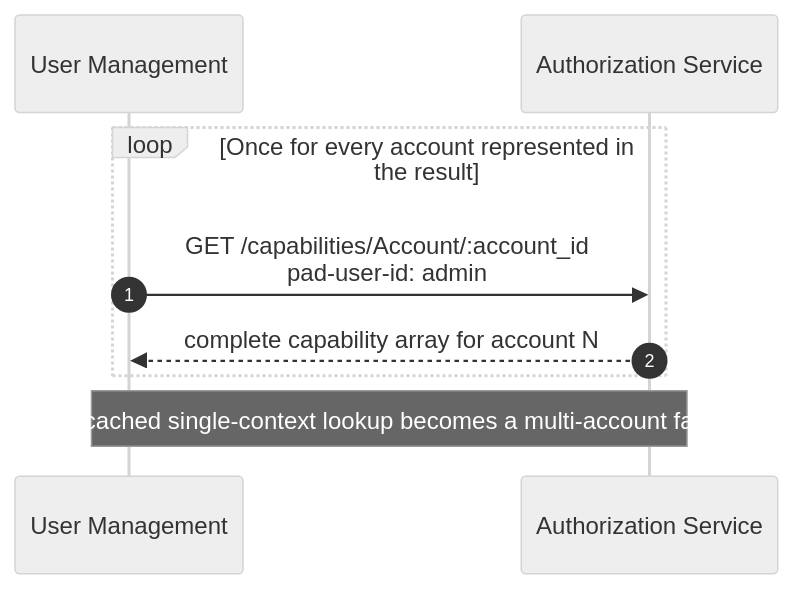
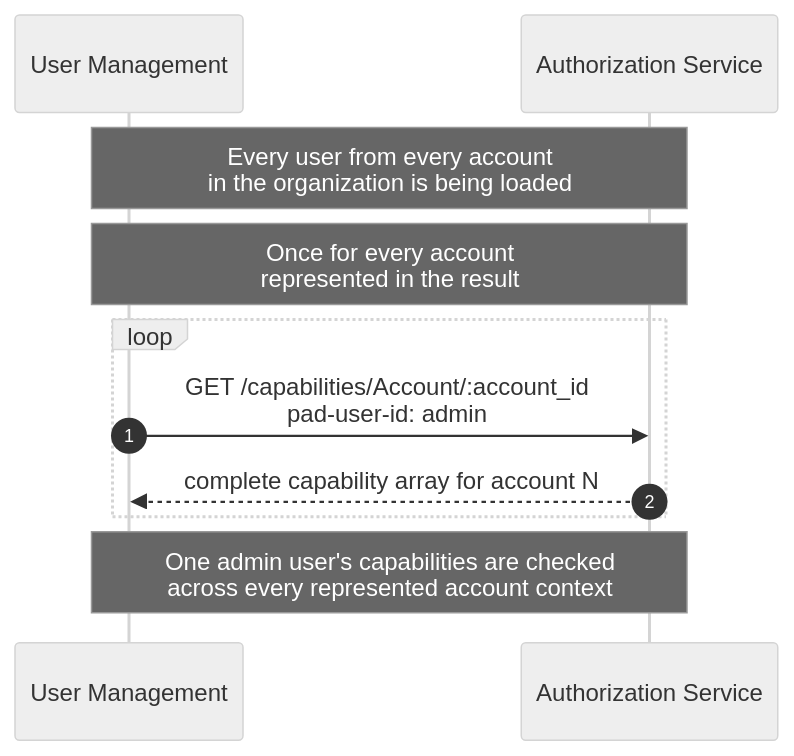
Before and after one commit to meleneth/whirred-io: the second of 4 diagrams in docs/articles/series/IAM-System-Demo/graphql-auth-explosion-part-3-multiple-object-authorization.md, drawn with Mermaid (neutral theme). The commit also changed other lines of this file and 6 other files, not shown here.

````diff
--- a/docs/articles/series/IAM-System-Demo/graphql-auth-explosion-part-3-multiple-object-authorization.md
+++ b/docs/articles/series/IAM-System-Demo/graphql-auth-explosion-part-3-multiple-object-authorization.md
@@ -35,13 +48,15 @@
 ```mermaid
 sequenceDiagram
   autonumber
   participant UM as User Management
   participant AZ as Authorization Service
 
-  loop Once for every account represented in the result
+  Note over UM,AZ: Every user from every account<br/>in the organization is being loaded
+  Note over UM,AZ: Once for every account<br/>represented in the result
+  loop
     UM->>AZ: GET /capabilities/Account/:account_id<br/>pad-user-id: admin
     AZ-->>UM: complete capability array for account N
   end
 
-  Note over UM,AZ: One cached single-context lookup becomes a multi-account fan-out
+  Note over UM,AZ: One admin user's capabilities are checked<br/>across every represented account context
 ```
````
